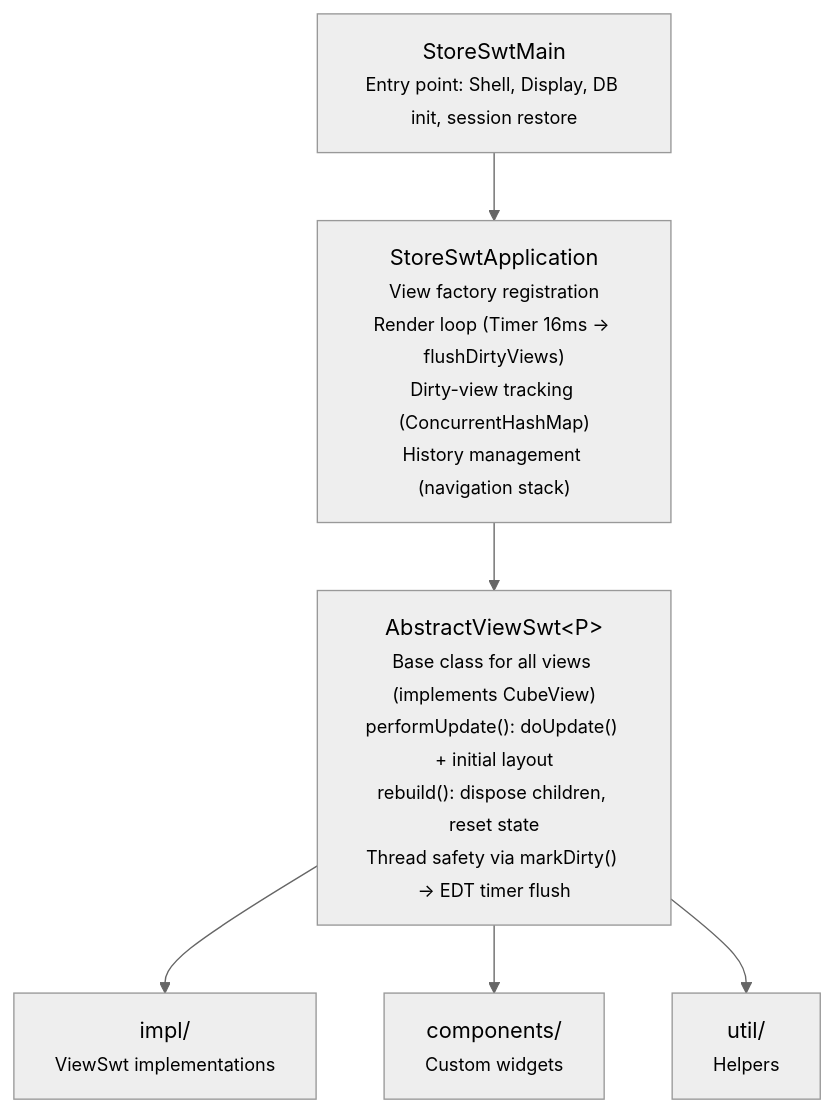
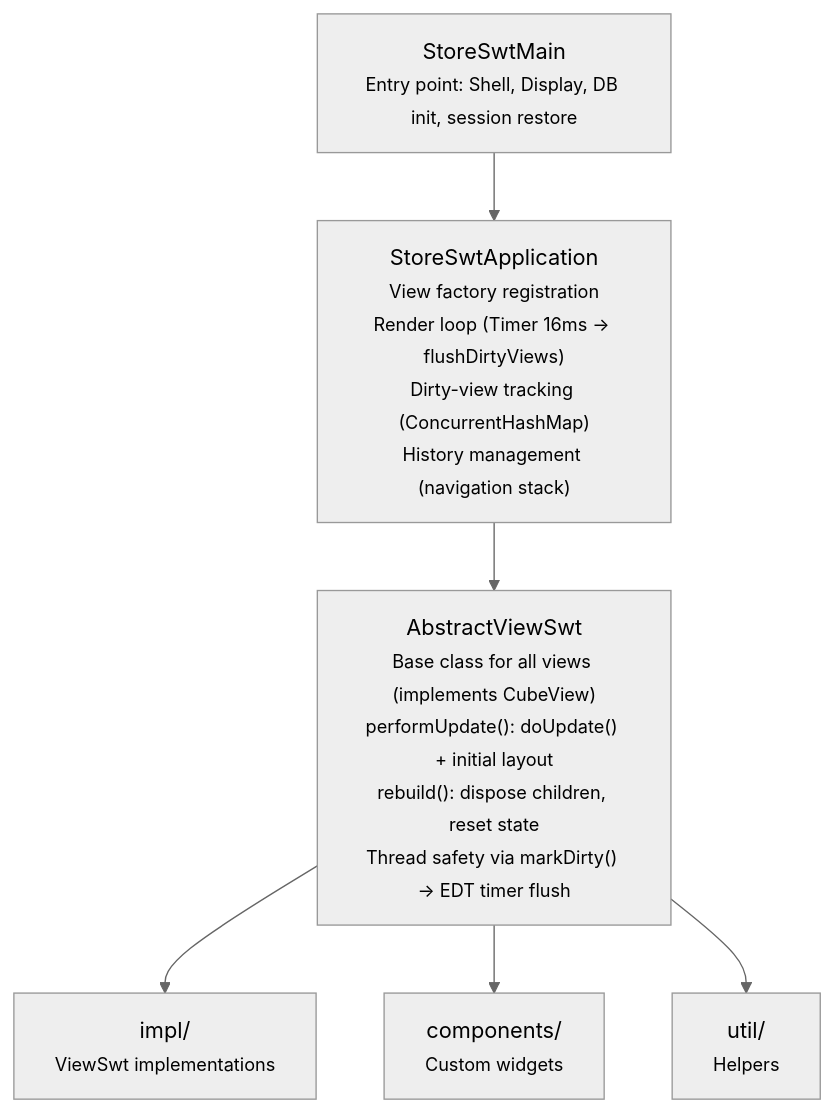
One commit to mrcdom/wdc-cube-java-v2 changed the first of 3 diagrams in fontes/br.com.wdc.store/br.com.wdc.store.view.swt/README.md. Above: the diagram before and after it, drawn with Mermaid (neutral theme). The commit also changed other lines of this file and 50 other files, not shown here.

````diff
--- a/fontes/br.com.wdc.store/br.com.wdc.store.view.swt/README.md
+++ b/fontes/br.com.wdc.store/br.com.wdc.store.view.swt/README.md
@@ -8,9 +8,9 @@
 ```mermaid
 graph TD
     Main["StoreSwtMain<br/><small>Entry point: Shell, Display, DB init, session restore</small>"]
     Main --> App["StoreSwtApplication<br/><small>View factory registration<br/>Render loop (Timer 16ms → flushDirtyViews)<br/>Dirty-view tracking (ConcurrentHashMap)<br/>History management (navigation stack)</small>"]
-    App --> Base["AbstractViewSwt&lt;P&gt;<br/><small>Base class for all views (implements CubeView)<br/>performUpdate(): doUpdate() + initial layout<br/>rebuild(): dispose children, reset state<br/>Thread safety via markDirty() → EDT timer flush</small>"]
+    App --> Base["AbstractViewSwt<br/><small>Base class for all views (implements CubeView)<br/>performUpdate(): doUpdate() + initial layout<br/>rebuild(): dispose children, reset state<br/>Thread safety via markDirty() → EDT timer flush</small>"]
     Base --> Impl["impl/<br/><small>ViewSwt implementations</small>"]
     Base --> Components["components/<br/><small>Custom widgets</small>"]
     Base --> Util["util/<br/><small>Helpers</small>"]
 ```
````
